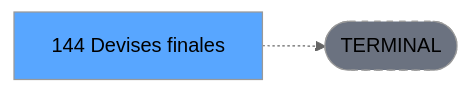
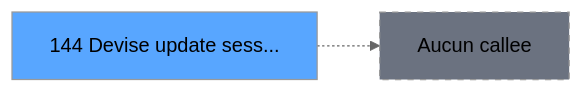
One commit to thonyAGP/magic-migration changed the third of 3 diagrams in .openspec/specs/ADH-IDE-144.md. Above: the diagram before and after it, drawn with Mermaid (neutral theme). The commit also changed other lines of this file and 311 other files, not shown here.

````diff
--- a/.openspec/specs/ADH-IDE-144.md
+++ b/.openspec/specs/ADH-IDE-144.md
@@ -141,8 +177,8 @@
 ```mermaid
 graph LR
-    T[144 Devises finales]
-    TERM([TERMINAL])
-    T -.-> TERM
-    style TERM fill:#6b7280,stroke-dasharray: 5 5
-    style T fill:#58a6ff,color:#000
+    T144[144 Devise update sess...]
+    style T144 fill:#58a6ff
+    NONE[Aucun callee]
+    T144 -.-> NONE
+    style NONE fill:#6b7280,stroke-dasharray: 5 5
 ```
````
